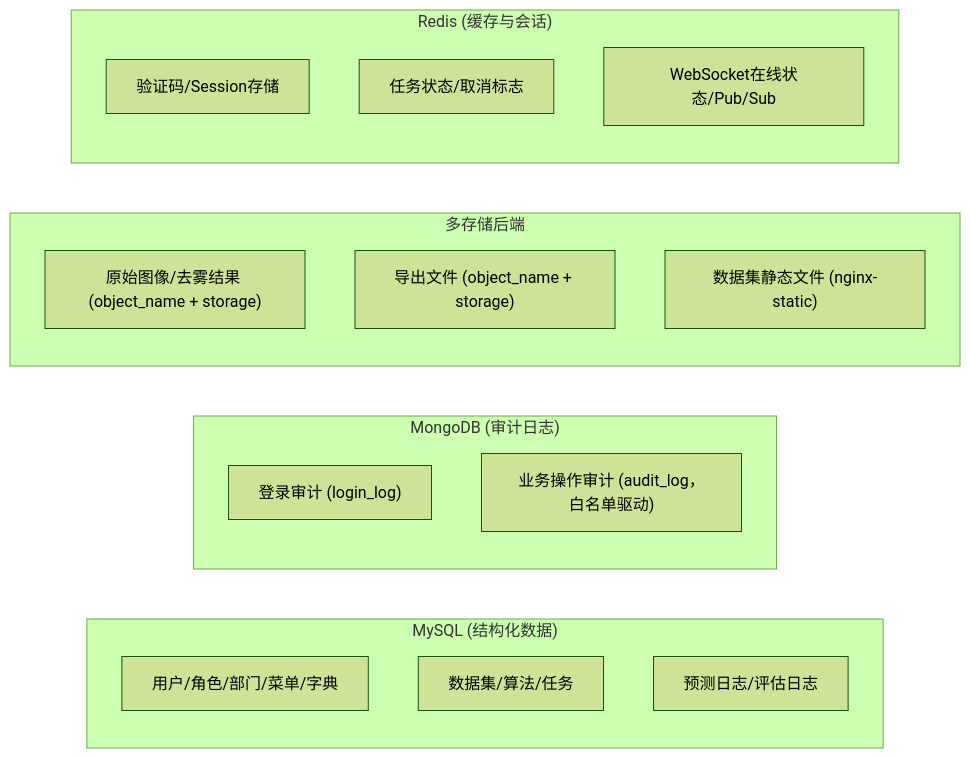
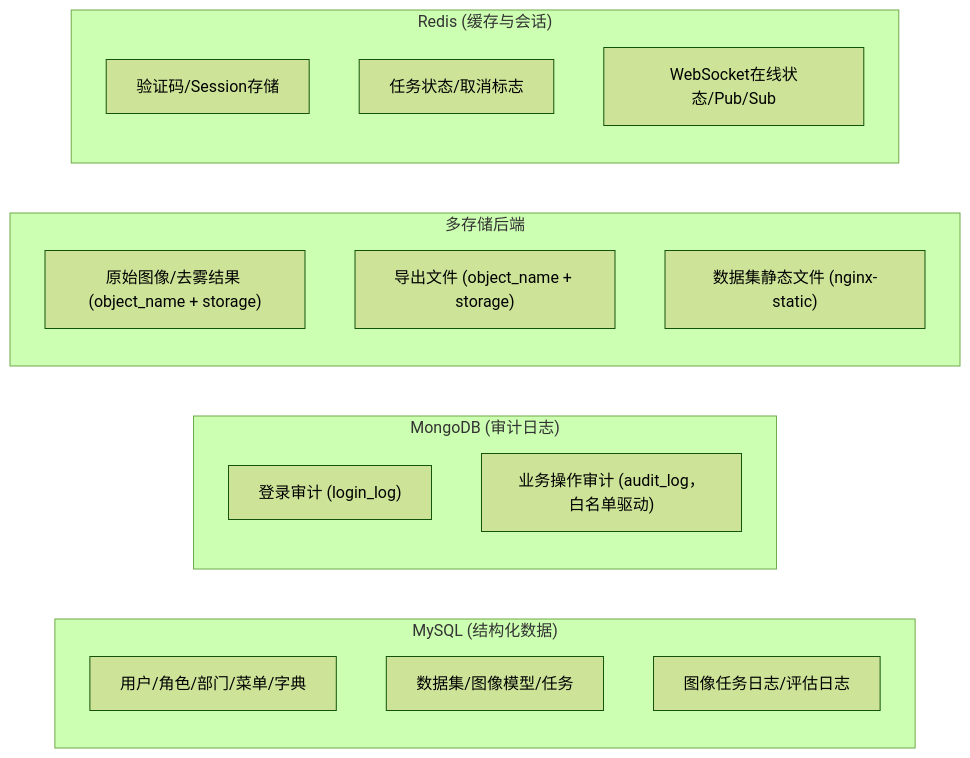
The eighth of 11 diagrams in dehaze-doc/docs/04-项目实现/后端/03-Python算法服务架构文档.md (earthy-zinc/dehaze-system), drawn with Mermaid (forest theme) before and after one commit. The commit also changed other lines of this file and 239 other files, not shown here.

````diff
--- a/dehaze-doc/docs/04-项目实现/后端/03-Python算法服务架构文档.md
+++ b/dehaze-doc/docs/04-项目实现/后端/03-Python算法服务架构文档.md
@@ -467,25 +468,25 @@
 ```mermaid
 flowchart LR
     subgraph Relational["MySQL (结构化数据)"]
         User["用户/角色/部门/菜单/字典"]
-        Business["数据集/算法/任务"]
-        PredEvalLog["预测日志/评估日志"]
+        Business["数据集/图像模型/任务"]
+        PredEvalLog["图像任务日志/评估日志"]
     end
 
     subgraph Document["MongoDB (审计日志)"]
         LoginLog["登录审计 (login_log)"]
         AuditLog["业务操作审计 (audit_log，白名单驱动)"]
     end
 
     subgraph Object["多存储后端"]
         Image["原始图像/去雾结果 (object_name + storage)"]
         Export["导出文件 (object_name + storage)"]
         Dataset["数据集静态文件 (nginx-static)"]
     end
 
     subgraph Cache["Redis (缓存与会话)"]
         Session["验证码/Session存储"]
         Task["任务状态/取消标志"]
         WS["WebSocket在线状态/Pub/Sub"]
     end
 ```
````
